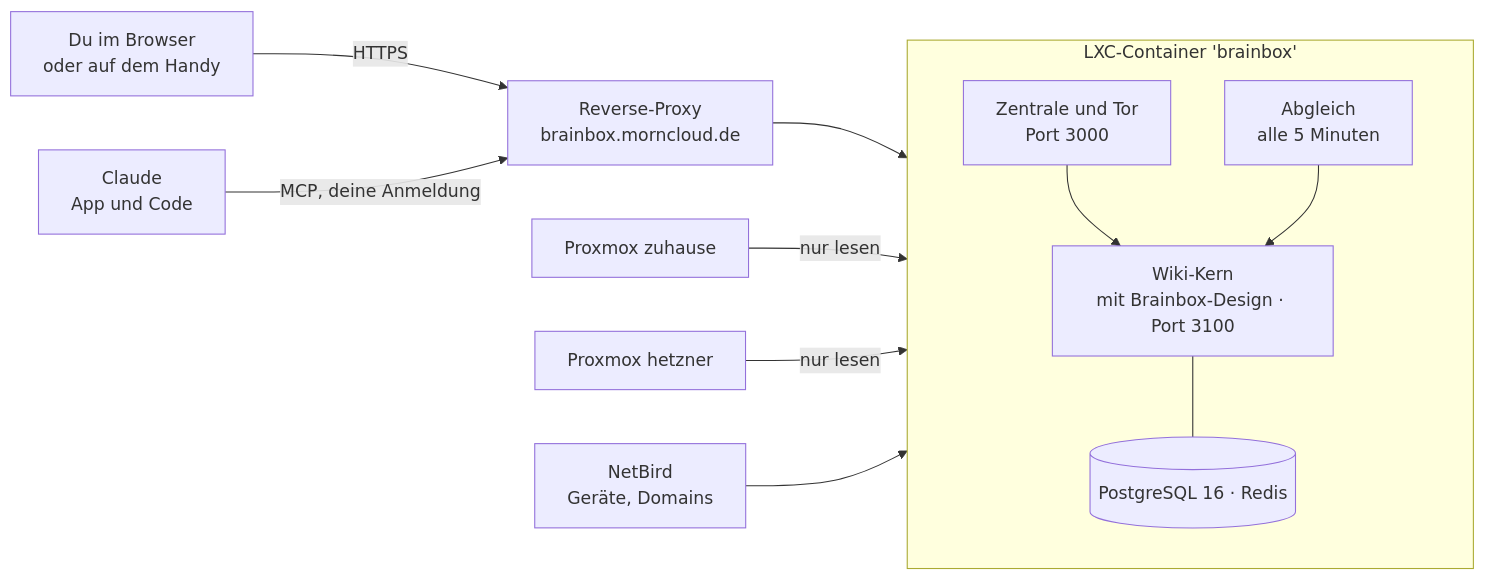
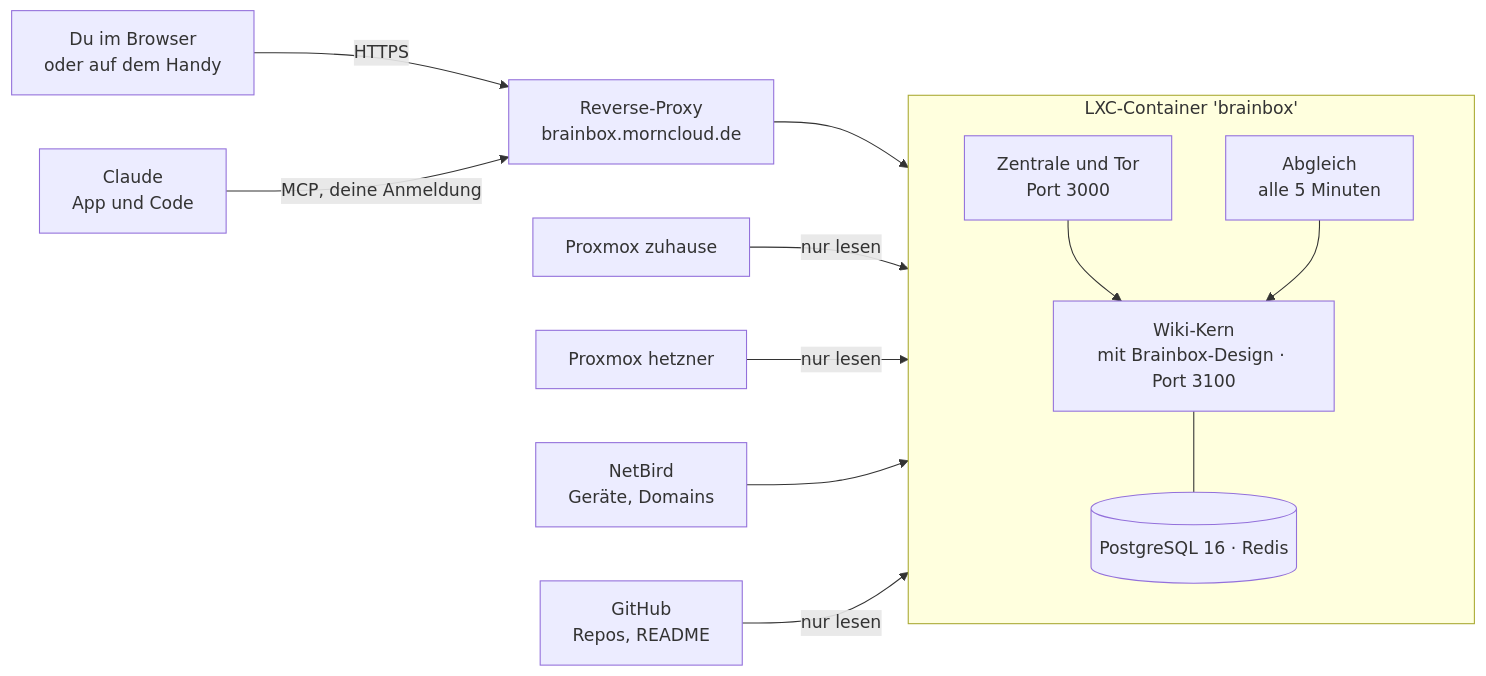
Before and after one commit to pmornhart/Brainbox: the diagram in README.md, drawn with Mermaid. The commit also changed other lines of this file and 19 other files, not shown here.

First line of the commit message:
Brainbox 1.5.0: GitHub im Wiki und Herkunft jeder VM

````diff
--- a/README.md
+++ b/README.md
@@ -249,15 +273,16 @@
 ```mermaid
 flowchart LR
   U["Du im Browser<br/>oder auf dem Handy"] -- HTTPS --> RP["Reverse-Proxy<br/>brainbox.morncloud.de"]
   C["Claude<br/>App und Code"] -- "MCP, deine Anmeldung" --> RP
   RP --> Z
   subgraph CT["LXC-Container 'brainbox'"]
     direction TB
     Z["Zentrale und Tor<br/>Port 3000"] --> K["Wiki-Kern<br/>mit Brainbox-Design · Port 3100"]
     K --- DB[("PostgreSQL 16 · Redis")]
     S["Abgleich<br/>alle 5 Minuten"] --> K
   end
   P1["Proxmox zuhause"] -- "nur lesen" --> S
   P2["Proxmox hetzner"] -- "nur lesen" --> S
   NB["NetBird<br/>Geräte, Domains"] --> S
+  GH["GitHub<br/>Repos, README"] -- "nur lesen" --> S
 ```
````
